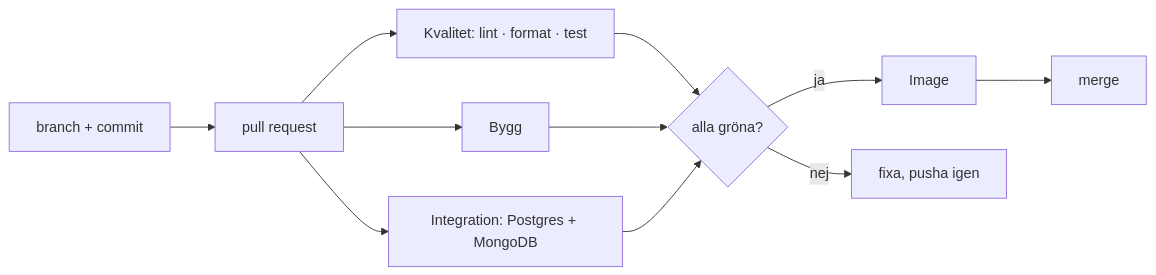
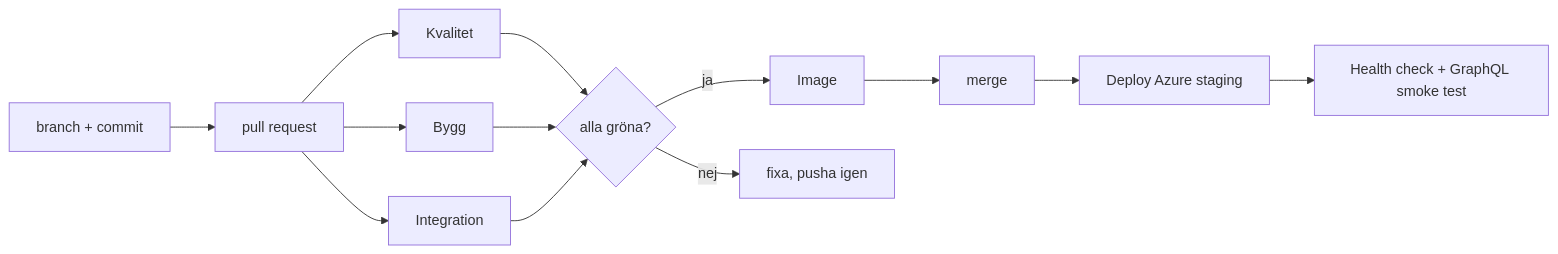
Before and after one commit to 1sa1asdev/Hasta-la-vue-lta: the diagram in docs/pipeline.md, drawn with Mermaid. The commit also changed other lines of this file, not shown here.

Commit message:
docs: document Azure deployment pipeline

````diff
--- a/docs/pipeline.md
+++ b/docs/pipeline.md
@@ -5,13 +5,15 @@
 ```mermaid
 flowchart LR
-  B[branch + commit] --> PR[pull request]
-  PR --> Q[Kvalitet: lint · format · test]
-  PR --> BU[Bygg]
-  PR --> I[Integration: Postgres + MongoDB]
-  Q --> S{alla gröna?}
-  BU --> S
-  I --> S
-  S -->|ja| IM[Image]
-  IM --> M[merge]
-  S -->|nej| F[fixa, pusha igen]
+    B[branch + commit] --> PR[pull request]
+    PR --> Q[Kvalitet]
+    PR --> BU[Bygg]
+    PR --> I[Integration]
+    Q --> S{alla gröna?}
+    BU --> S
+    I --> S
+    S -->|ja| IM[Image]
+    IM --> M[merge]
+    M --> D[Deploy Azure staging]
+    D --> H[Health check + GraphQL smoke test]
+    S -->|nej| F[fixa, pusha igen]
 ```
````
